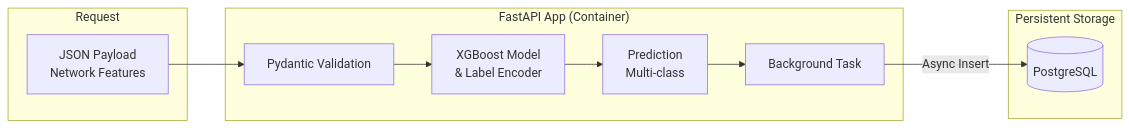
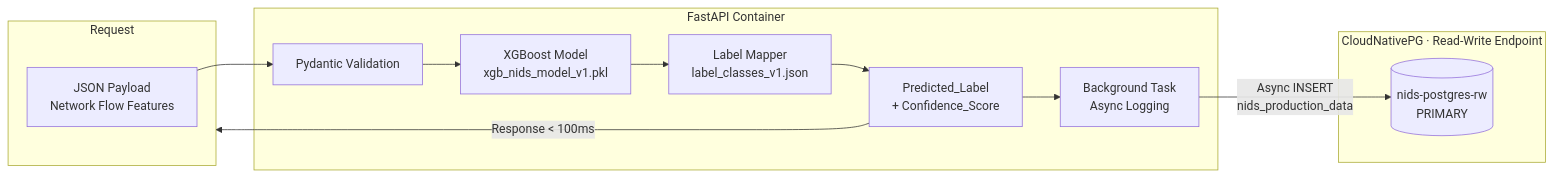
Before and after one commit to Viet-Hoang-2005/AdaptML: the second of 7 diagrams in ARCHITECTURE.md, drawn with Mermaid. The commit also changed other lines of this file, not shown here.

Commit message:
docs: Draw a diagram for the system Architecture.

````diff
--- a/ARCHITECTURE.md
+++ b/ARCHITECTURE.md
@@ -45,23 +73,24 @@
 ```mermaid
 flowchart LR
     subgraph REQUEST["Request"]
-        JSON[JSON Payload<br/>Network Features]
+        JSON["JSON Payload<br/>Network Flow Features"]
     end
 
-    subgraph FASTAPI["FastAPI App (Container)"]
+    subgraph FASTAPI["FastAPI Container"]
         PARSER[Pydantic Validation]
-        MODEL[XGBoost Model<br/>& Label Encoder]
-        PRED[Prediction<br/>Multi-class]
-        BT[Background Task]
+        MODEL["XGBoost Model<br/>xgb_nids_model_v1.pkl"]
+        LABELS["Label Mapper<br/>label_classes_v1.json"]
+        PRED[Predicted_Label<br/>+ Confidence_Score]
+        BT[Background Task<br/>Async Logging]
     end
 
-    subgraph DATABASE["Persistent Storage"]
-        DB[(PostgreSQL)]
+    subgraph STORAGE["CloudNativePG · Read-Write Endpoint"]
+        RW[("nids-postgres-rw<br/>PRIMARY")]
     end
 
-    JSON --> PARSER
-    PARSER --> MODEL
-    MODEL --> PRED
+    JSON --> PARSER --> MODEL
+    MODEL --> LABELS --> PRED
+    PRED -->|Response < 100ms| REQUEST
     PRED --> BT
-    BT -->|Async Insert| DB
+    BT -->|Async INSERT<br/>nids_production_data| RW
 ```
````
